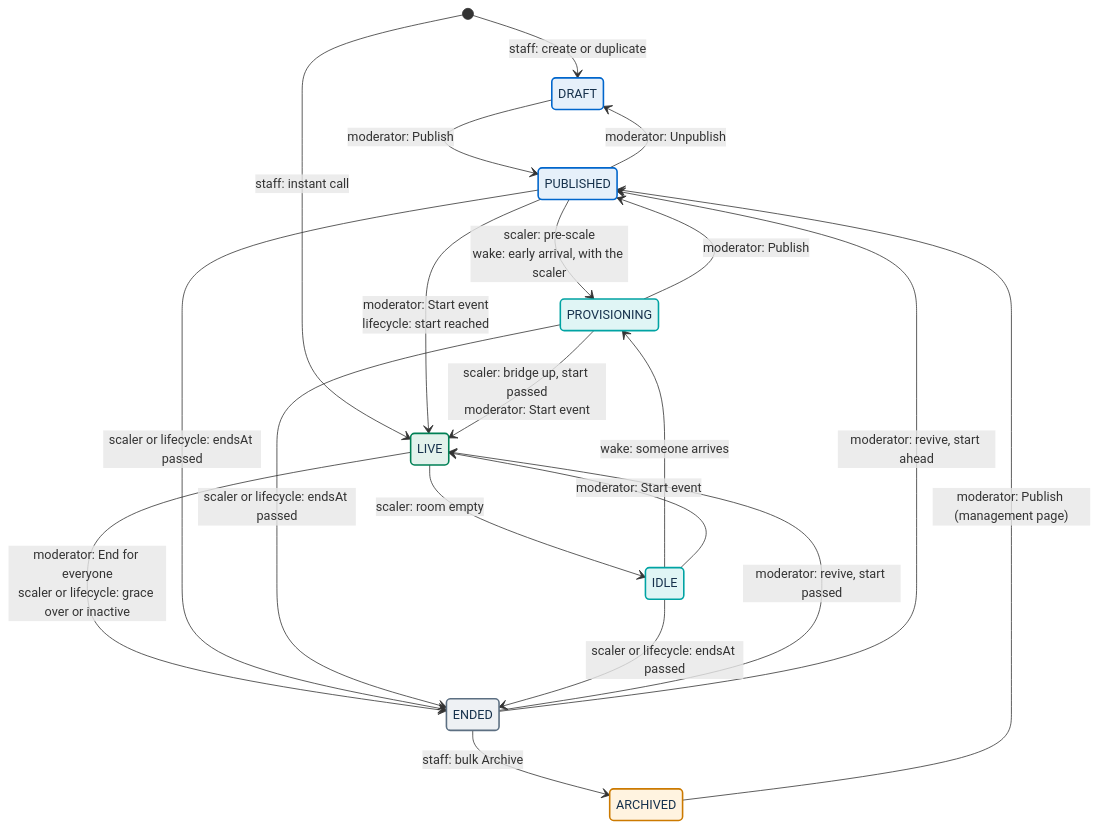
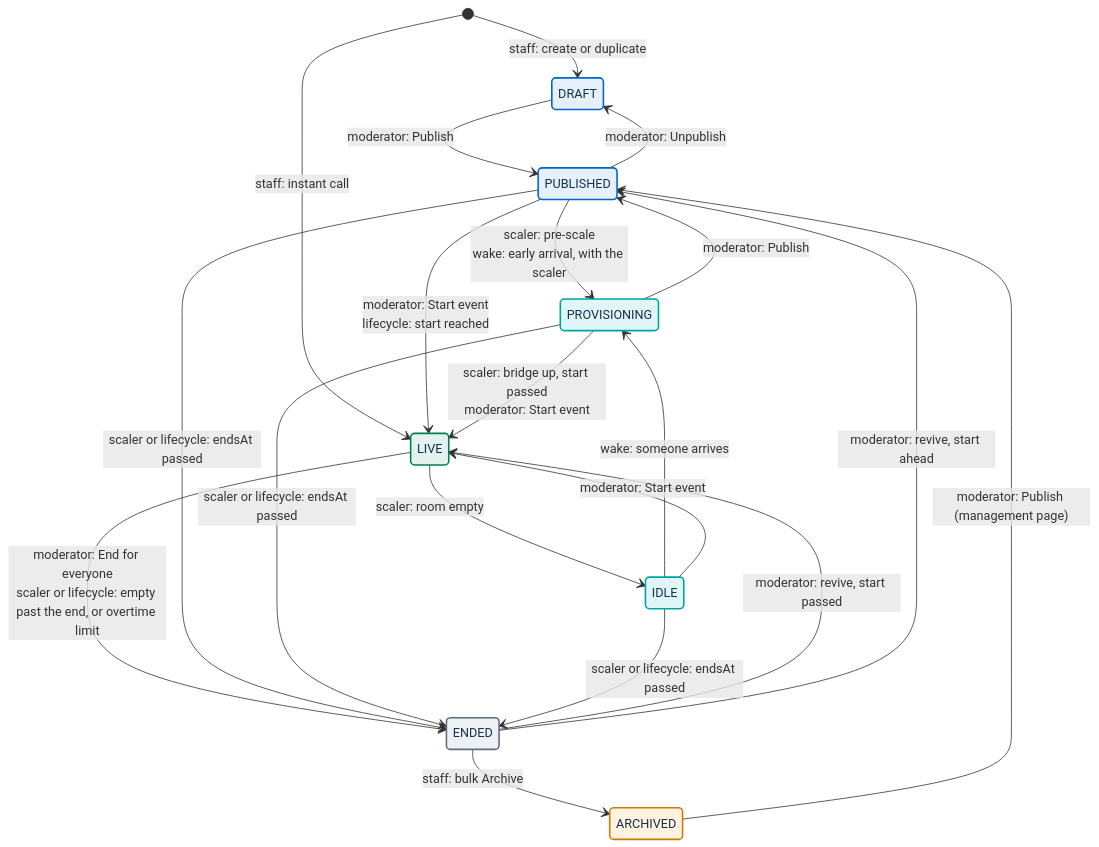
Before and after one commit to italia/pa-webinar: the first of 4 diagrams in docs/architecture/event-lifecycle.md, drawn with Mermaid. The commit also changed other lines of this file and 50 other files, not shown here.

````diff
--- a/docs/architecture/event-lifecycle.md
+++ b/docs/architecture/event-lifecycle.md
@@ -72,34 +72,34 @@
 ```mermaid
 stateDiagram-v2
   classDef human fill:#E6F0FA,stroke:#0066CC,stroke-width:2px,color:#17324D
   classDef auto fill:#E0F5F5,stroke:#00A3A3,stroke-width:2px,color:#17324D
   classDef live fill:#E3F2EC,stroke:#008055,stroke-width:2px,color:#17324D
   classDef terminal fill:#EEF1F4,stroke:#5C6F82,stroke-width:2px,color:#17324D
   classDef cron fill:#FFF3E0,stroke:#CC7A00,stroke-width:2px,color:#17324D
 
   [*] --> DRAFT : staff: create or duplicate
   [*] --> LIVE : staff: instant call
   DRAFT --> PUBLISHED : moderator: Publish
   PUBLISHED --> DRAFT : moderator: Unpublish
   PUBLISHED --> PROVISIONING : scaler: pre-scale<br/>wake: early arrival, with the scaler
   PROVISIONING --> PUBLISHED : moderator: Publish
   PUBLISHED --> LIVE : moderator: Start event<br/>lifecycle: start reached
   PROVISIONING --> LIVE : scaler: bridge up, start passed<br/>moderator: Start event
   LIVE --> IDLE : scaler: room empty
   IDLE --> PROVISIONING : wake: someone arrives
   IDLE --> LIVE : moderator: Start event
-  LIVE --> ENDED : moderator: End for everyone<br/>scaler or lifecycle: grace over or inactive
+  LIVE --> ENDED : moderator: End for everyone<br/>scaler or lifecycle: empty past the end, or overtime limit
   PUBLISHED --> ENDED : scaler or lifecycle: endsAt passed
   PROVISIONING --> ENDED : scaler or lifecycle: endsAt passed
   IDLE --> ENDED : scaler or lifecycle: endsAt passed
   ENDED --> LIVE : moderator: revive, start passed
   ENDED --> PUBLISHED : moderator: revive, start ahead
   ENDED --> ARCHIVED : staff: bulk Archive
   ARCHIVED --> PUBLISHED : moderator: Publish (management page)
 
   class DRAFT,PUBLISHED human
   class PROVISIONING,IDLE auto
   class LIVE live
   class ENDED terminal
   class ARCHIVED cron
 ```
````
